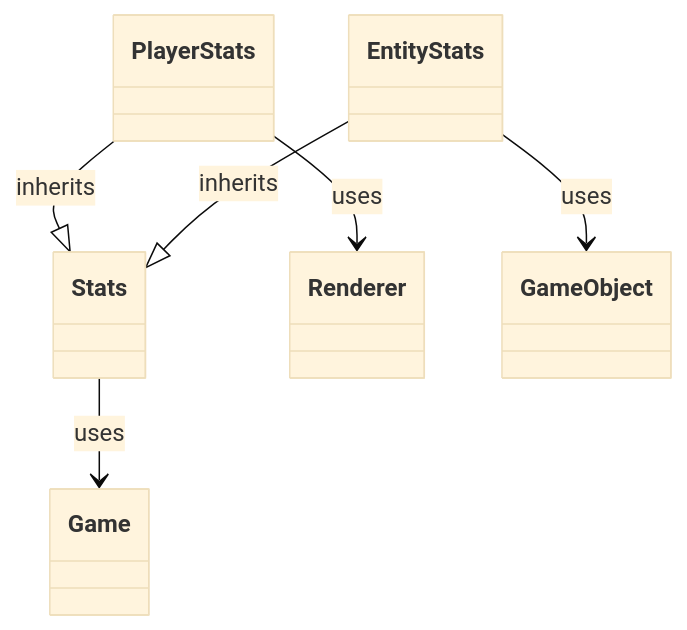
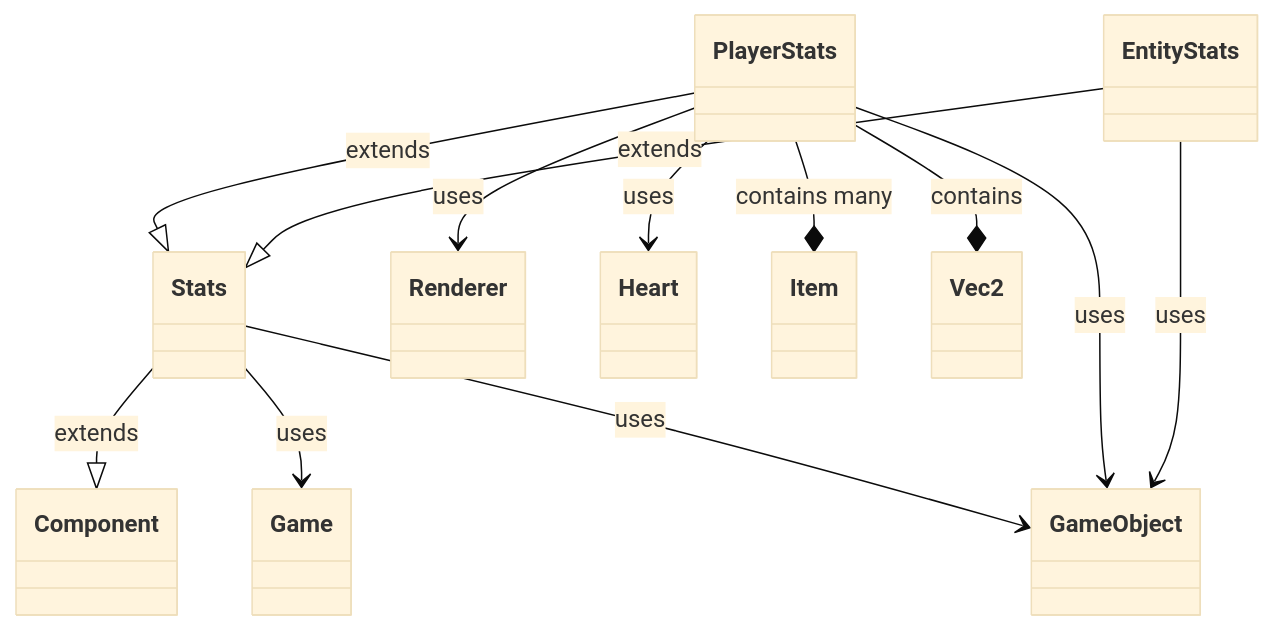
The eighth of 10 diagrams in docs/design/class_diagrams.md (Rimaro03/docs-exam-slayer), drawn with Mermaid (base theme) before and after one commit. The commit also changed other lines of this file, not shown here.

Commit message:
finished class diagram links

````diff
--- a/docs/design/class_diagrams.md
+++ b/docs/design/class_diagrams.md
@@ -183,10 +225,16 @@
 ```mermaid
 classDiagram
+  Stats --|> Component: extends
   Stats --> Game: uses
+  Stats --> GameObject: uses
 
-  PlayerStats --|> Stats: inherits
+  PlayerStats --|> Stats: extends
   PlayerStats --> Renderer: uses
+  PlayerStats --> GameObject: uses
+  PlayerStats --> Heart: uses
+  PlayerStats --* Item: contains many
+  PlayerStats --* Vec2: contains
 
-  EntityStats --|> Stats: inherits
+  EntityStats --|> Stats: extends
   EntityStats --> GameObject: uses
 ```
````
